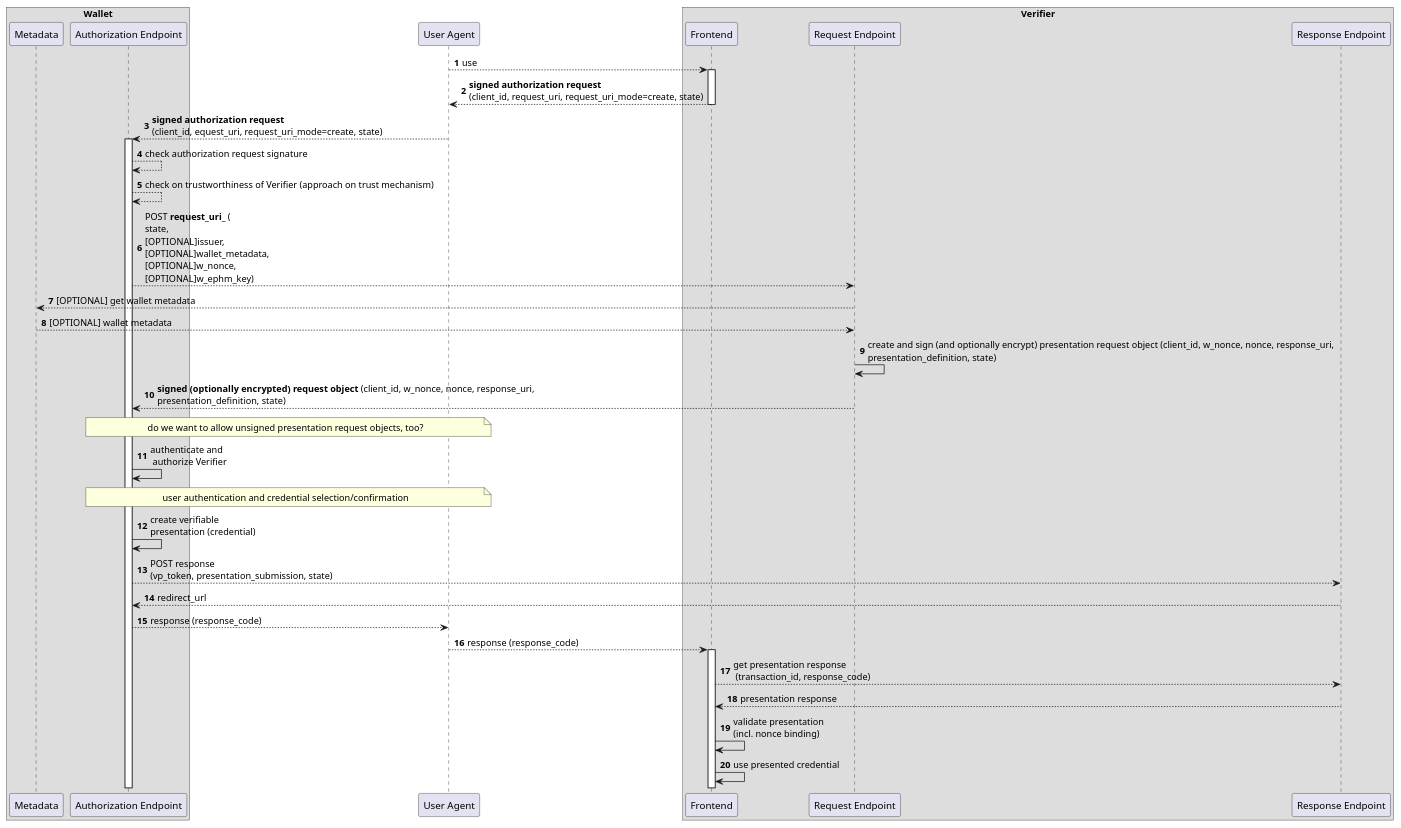
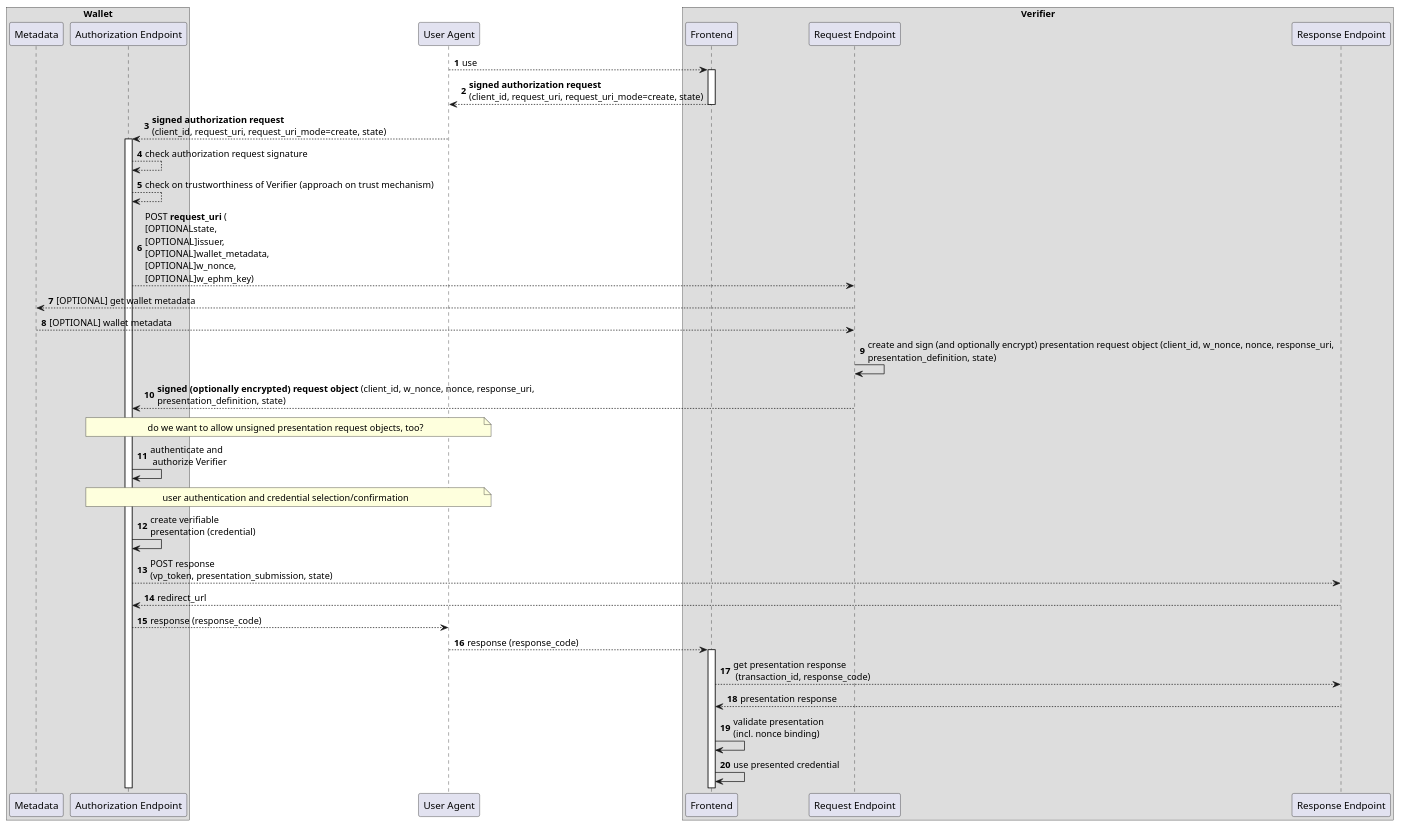
The diagram in diagrams/request_uri_mode_create.md (openid/OpenID4VP), drawn with PlantUML before and after one commit.

Commit message:
some fixes

````diff
--- a/diagrams/request_uri_mode_create.md
+++ b/diagrams/request_uri_mode_create.md
@@ -1,49 +1,49 @@
 ```plantuml
 @startuml
 
 autonumber
 
 box "Wallet"
 participant "Metadata" as wm
 participant "Authorization Endpoint" as w
 end box
 
 participant "User Agent" as u
 
 box "Verifier"
 participant "Frontend" as r
 participant "Request Endpoint" as rp
 participant "Response Endpoint" as rb
 end box
 
 u --> r : use
 activate r
 
 r --> u: **signed authorization request**\n(client_id, request_uri, request_uri_mode=create, state)
 deactivate r
-u --> w: **signed authorization request**\n(client_id, equest_uri, request_uri_mode=create, state)
+u --> w: **signed authorization request**\n(client_id, request_uri, request_uri_mode=create, state)
 activate w
 w --> w: check authorization request signature
 w --> w: check on trustworthiness of Verifier (approach on trust mechanism)
-w --> rp: POST **request_uri_** (\nstate,\n[OPTIONAL]issuer, \n[OPTIONAL]wallet_metadata, \n[OPTIONAL]w_nonce, \n[OPTIONAL]w_ephm_key)
+w --> rp: POST **request_uri** (\n[OPTIONALstate,\n[OPTIONAL]issuer, \n[OPTIONAL]wallet_metadata, \n[OPTIONAL]w_nonce, \n[OPTIONAL]w_ephm_key)
 rp --> wm: [OPTIONAL] get wallet metadata
 wm --> rp: [OPTIONAL] wallet metadata
 rp -> rp: create and sign (and optionally encrypt) presentation request object (client_id, w_nonce, nonce, response_uri, \npresentation_definition, state)
 rp --> w: **signed (optionally encrypted) request object** (client_id, w_nonce, nonce, response_uri, \npresentation_definition, state)
 note over u, w: do we want to allow unsigned presentation request objects, too?
 w -> w: authenticate and\n authorize Verifier
 
 note over u, w: user authentication and credential selection/confirmation
 
 w -> w: create verifiable\npresentation (credential)
 w --> rb: POST response \n(vp_token, presentation_submission, state)
 rb --> w: redirect_url
 w --> u: response (response_code)
 u --> r: response (response_code)
 activate r
 r --> rb: get presentation response\n (transaction_id, response_code)
 rb --> r: presentation response
 r -> r: validate presentation \n(incl. nonce binding)
 r -> r: use presented credential 
 @enduml
 ```
````
